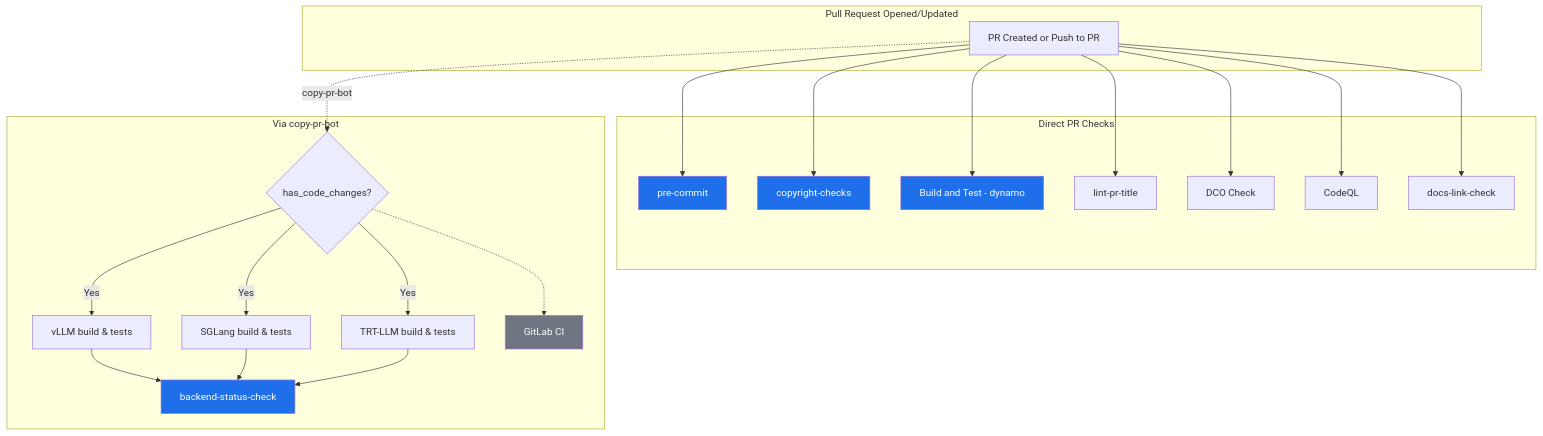
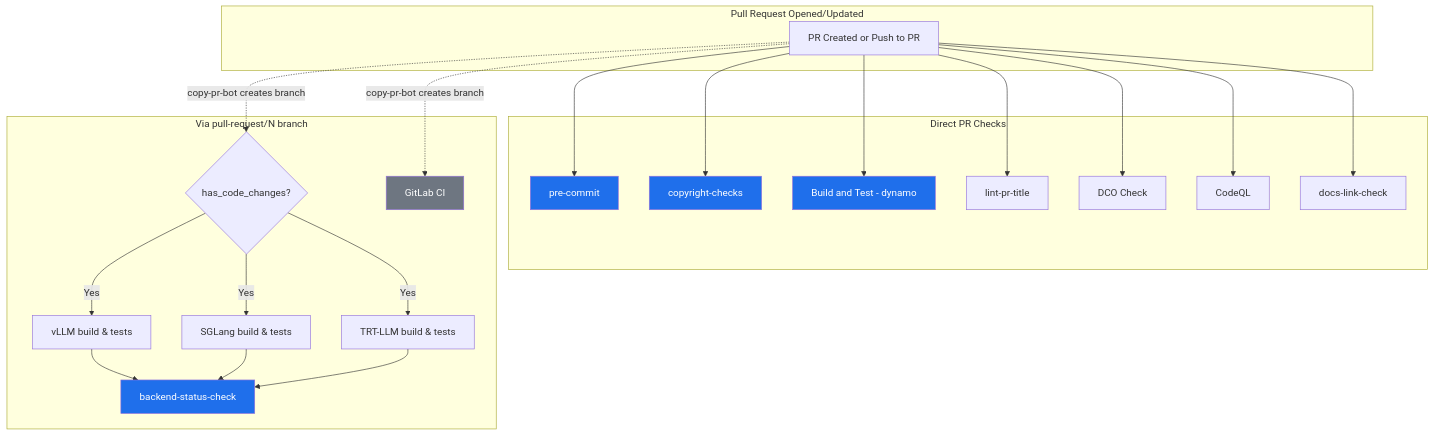
The first of 5 diagrams in .github/PR_WORKFLOW.md (ai-dynamo/dynamo), drawn with Mermaid before and after one commit. The commit also changed other lines of this file and 2 other files, not shown here.

````diff
--- a/.github/PR_WORKFLOW.md
+++ b/.github/PR_WORKFLOW.md
@@ -16,37 +18,36 @@
 ```mermaid
 flowchart TD
     subgraph PR["Pull Request Opened/Updated"]
         A[PR Created or Push to PR]
     end
 
     subgraph Direct["Direct PR Checks"]
         B[pre-commit]
         C[copyright-checks]
         I[Build and Test - dynamo]
         D[lint-pr-title]
         E[DCO Check]
         F[CodeQL]
         G[docs-link-check]
     end
 
-    subgraph CopyPR["Via copy-pr-bot"]
+    subgraph CopyPR["Via pull-request/N branch"]
         H{has_code_changes?}
         J[vLLM build & tests]
         K[SGLang build & tests]
         L[TRT-LLM build & tests]
         M[backend-status-check]
         N[GitLab CI]
     end
 
     A --> B & C & I & D & E & F & G
-    A -.->|copy-pr-bot| H
+    A -.->|copy-pr-bot creates branch| H & N
     H -->|Yes| J & K & L
     J & K & L --> M
-    H -.-> N
 
     style B fill:#1f6feb,color:#fff
     style C fill:#1f6feb,color:#fff
     style I fill:#1f6feb,color:#fff
     style M fill:#1f6feb,color:#fff
     style N fill:#6e7681,color:#fff
 ```
````
